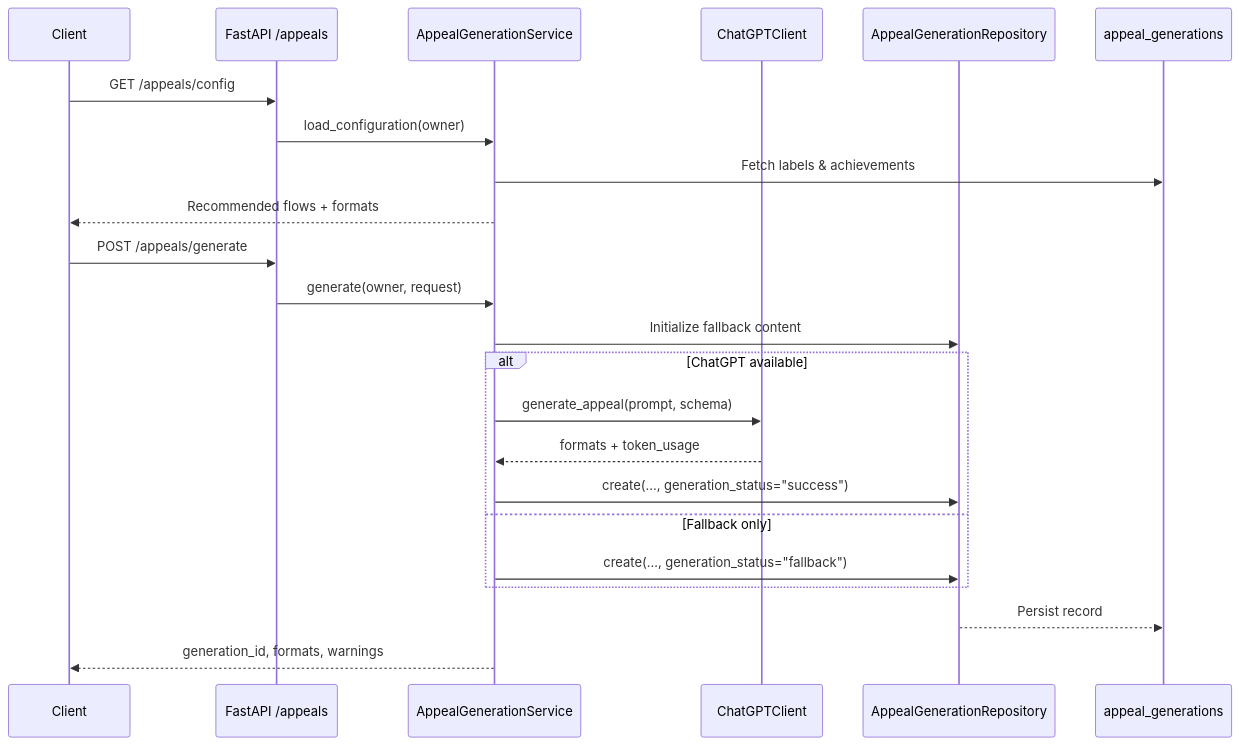
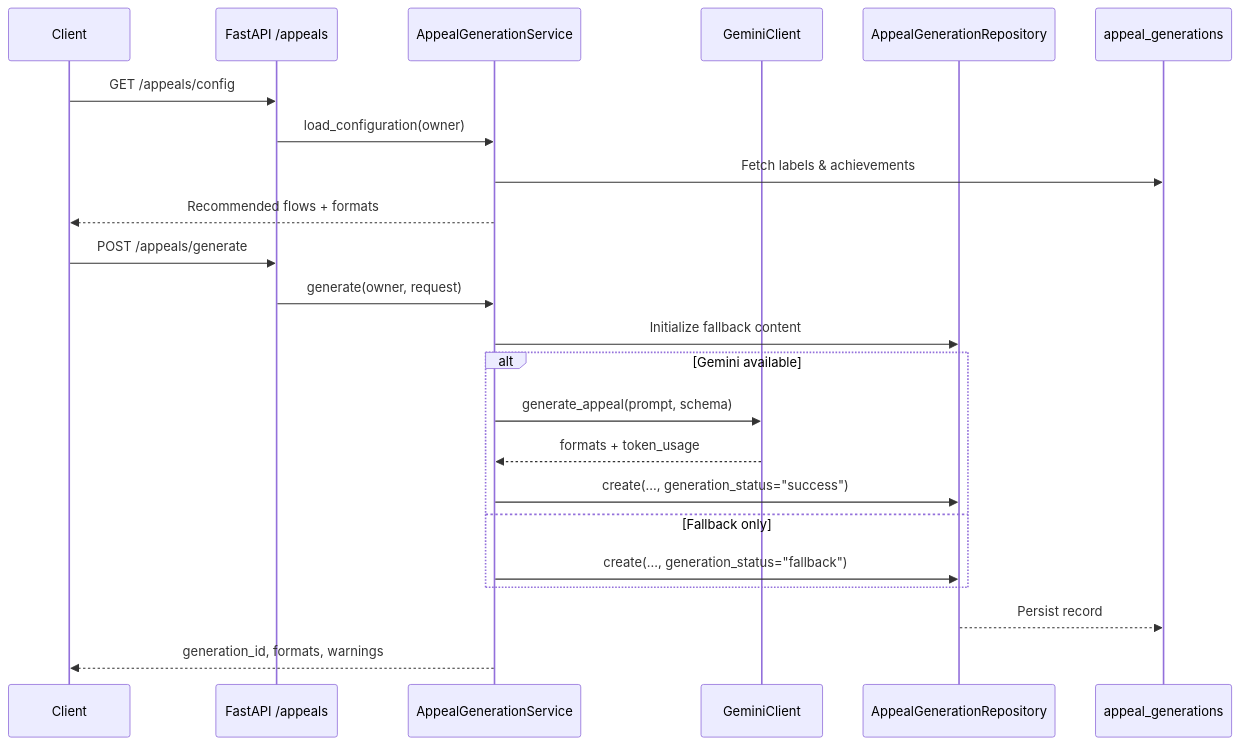
Before and after one commit to ist-h-i/todo-generator: the diagram in docs/features/appeal-generation/detail-design.md, drawn with Mermaid. The commit also changed other lines of this file and 38 other files, not shown here.

````diff
--- a/docs/features/appeal-generation/detail-design.md
+++ b/docs/features/appeal-generation/detail-design.md
@@ -7,27 +7,27 @@
 ```mermaid
 sequenceDiagram
     participant Client
     participant API as FastAPI /appeals
     participant Service as AppealGenerationService
-    participant GPT as ChatGPTClient
+    participant GPT as GeminiClient
     participant Repo as AppealGenerationRepository
     participant DB as appeal_generations
 
     Client->>API: GET /appeals/config
     API->>Service: load_configuration(owner)
     Service->>DB: Fetch labels & achievements
     Service-->>Client: Recommended flows + formats
 
     Client->>API: POST /appeals/generate
     API->>Service: generate(owner, request)
     Service->>Repo: Initialize fallback content
-    alt ChatGPT available
+    alt Gemini available
         Service->>GPT: generate_appeal(prompt, schema)
         GPT-->>Service: formats + token_usage
         Service->>Repo: create(..., generation_status="success")
     else Fallback only
         Service->>Repo: create(..., generation_status="fallback")
     end
     Repo-->>DB: Persist record
     Service-->>Client: generation_id, formats, warnings
 ```
````
